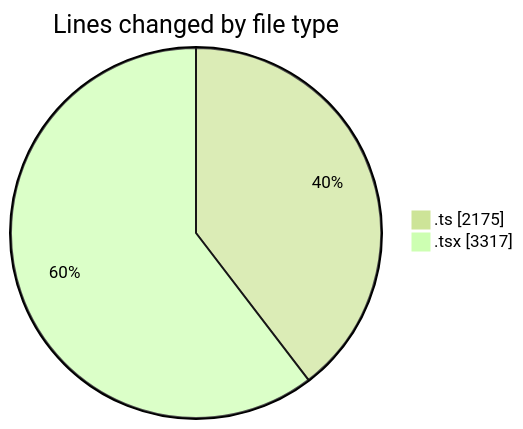
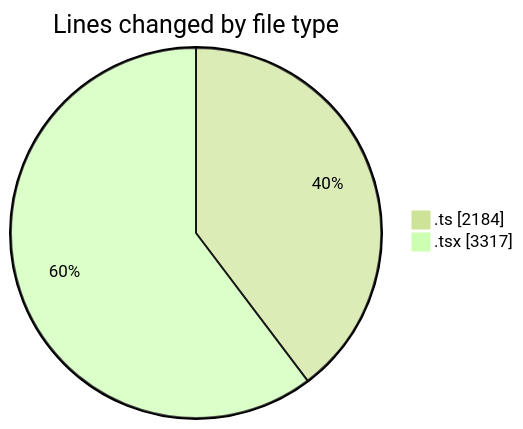
One commit to nxtqubesakshisongat/code-tracking changed the first of 2 diagrams in 2026-03-12/nxtqube_webapp/README.md. Above: the diagram before and after it, drawn with Mermaid (forest theme). The commit also changed other lines of this file and 1 other file, not shown here.

````diff
--- a/2026-03-12/nxtqube_webapp/README.md
+++ b/2026-03-12/nxtqube_webapp/README.md
@@ -32,6 +32,6 @@
 ```mermaid
 pie showData
 title Lines changed by file type
-".ts" : 2175
+".ts" : 2184
 ".tsx" : 3317
 ```
````
